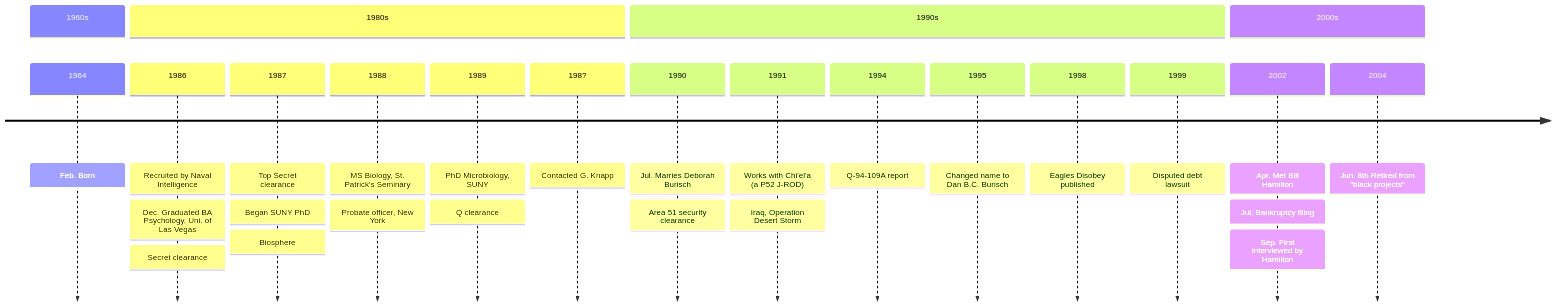
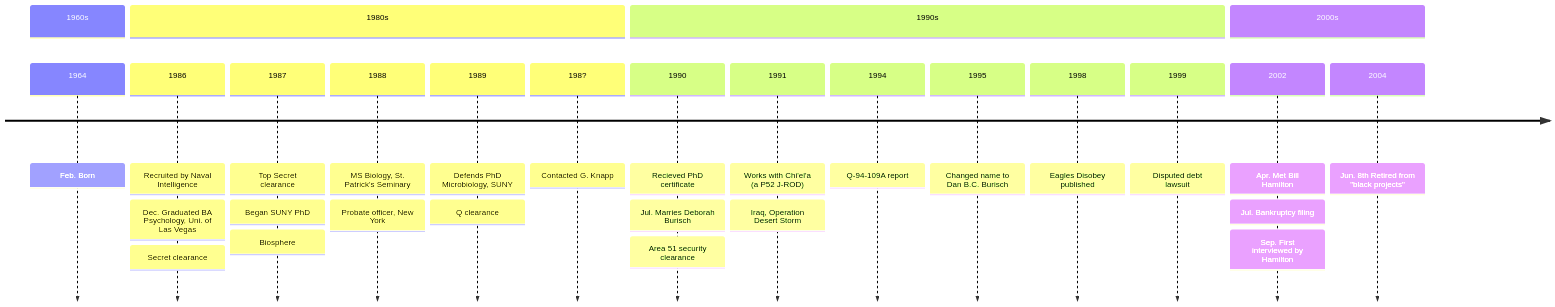
The diagram in docs/people/burisch_dan.md (Black-Star-Institute/blackstar.github.io), drawn with Mermaid before and after one commit. The commit also changed other lines of this file, not shown here.

````diff
--- a/docs/people/burisch_dan.md
+++ b/docs/people/burisch_dan.md
@@ -9,31 +9,32 @@
 ```mermaid
 timeline
     section 1960s
         1964 : Feb. Born
     section 1980s
         1986 : Recruited by Naval Intelligence
              : Dec. Graduated BA Psychology, Uni. of Las Vegas
              : Secret clearance
         1987 : Top Secret clearance
              : Began SUNY PhD
              : Biosphere
         1988 : MS Biology, St. Patrick's Seminary
              : Probate officer, New York
-        1989 : PhD Microbiology, SUNY
+        1989 : Defends PhD Microbiology, SUNY
              : Q clearance
         198? : Contacted G. Knapp
     section 1990s
-        1990 : Jul. Marries Deborah Burisch
+        1990 : Recieved PhD certificate
+             : Jul. Marries Deborah Burisch
              : Area 51 security clearance
         1991 : Works with Chi'el'a (a P52 J-ROD)
              : Iraq, Operation Desert Storm
         1994 : Q-94-109A report
         1995 : Changed name to Dan B.C. Burisch
         1998 : Eagles Disobey published
         1999 : Disputed debt lawsuit
     section 2000s
         2002 : Apr. Met Bill Hamilton
              : Jul. Bankruptcy filing
              : Sep. First interviewed by Hamilton
         2004 : Jun. 8th Retired from "black projects"
 ```
````
